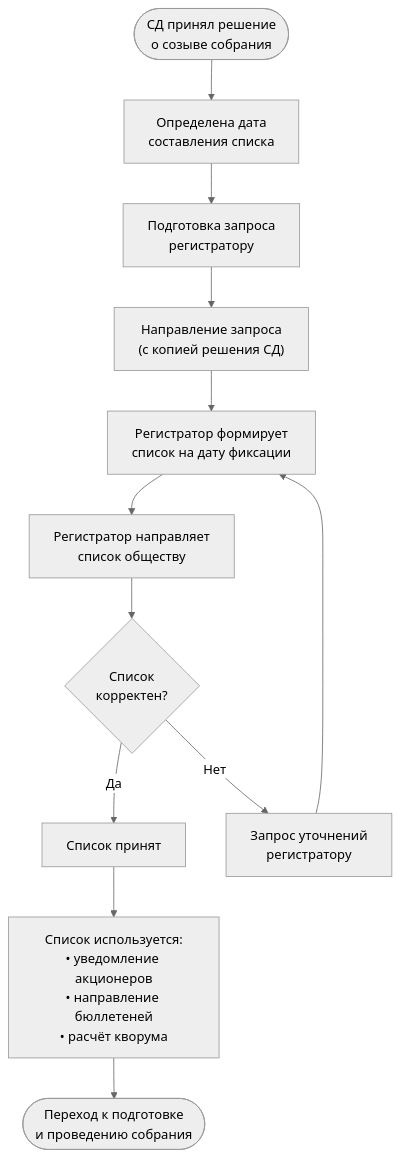
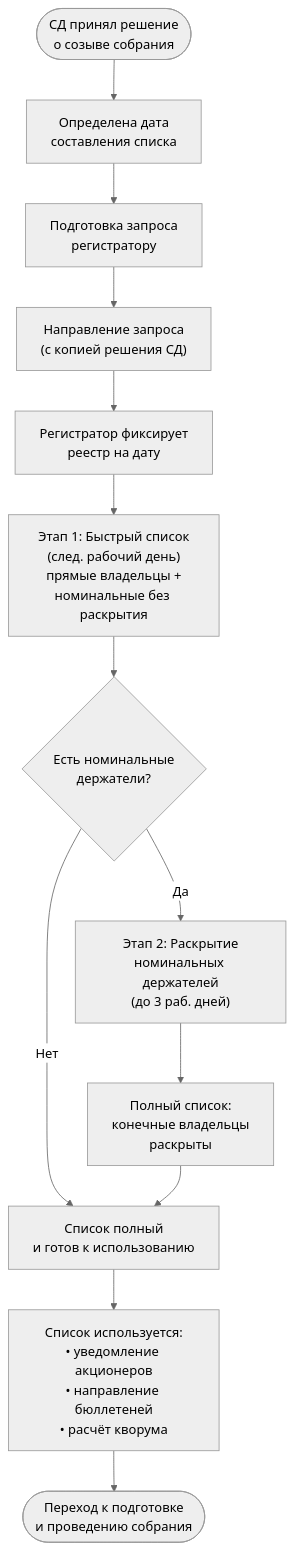
Before and after one commit to arsenyuk/SamorodinkaTech.Fiducia: the diagram in docs/business-processes/shareholders-list-request.md, drawn with Mermaid (neutral theme). The commit also changed other lines of this file, not shown here.

First line of the commit message:
docs(shareholders-list): уточнить механику запроса списка акционеров

````diff
--- a/docs/business-processes/shareholders-list-request.md
+++ b/docs/business-processes/shareholders-list-request.md
@@ -124,23 +132,26 @@
 ```mermaid
 flowchart TD
     Start([СД принял решение<br>о созыве собрания]) --> A[Определена дата<br>составления списка]
 
     A --> B[Подготовка запроса<br>регистратору]
 
     B --> C["Направление запроса<br>(с копией решения СД)"]
 
-    C --> D["Регистратор формирует<br>список на дату фиксации"]
+    C --> D["Регистратор фиксирует<br>реестр на дату"]
 
-    D --> E[Регистратор направляет<br>список обществу]
+    D --> E["Этап 1: Быстрый список<br>(след. рабочий день)<br>прямые владельцы +<br>номинальные без раскрытия"]
 
-    E --> F{Список<br>корректен?}
+    E --> F{Есть номинальные<br>держатели?}
 
-    F -->|Да| G[Список принят]
-    F -->|Нет| H[Запрос уточнений<br>регистратору]
+    F -->|Нет| G[Список полный<br>и готов к использованию]
 
-    H --> D
+    F -->|Да| H["Этап 2: Раскрытие<br>номинальных держателей<br>(до 3 раб. дней)"]
 
-    G --> I["Список используется:<br>• уведомление акционеров<br>• направление бюллетеней<br>• расчёт кворума"]
+    H --> I["Полный список:<br>конечные владельцы<br>раскрыты"]
 
-    I --> Stop([Переход к подготовке<br>и проведению собрания])
+    I --> G
+
+    G --> J["Список используется:<br>• уведомление акционеров<br>• направление бюллетеней<br>• расчёт кворума"]
+
+    J --> Stop([Переход к подготовке<br>и проведению собрания])
 ```
````
